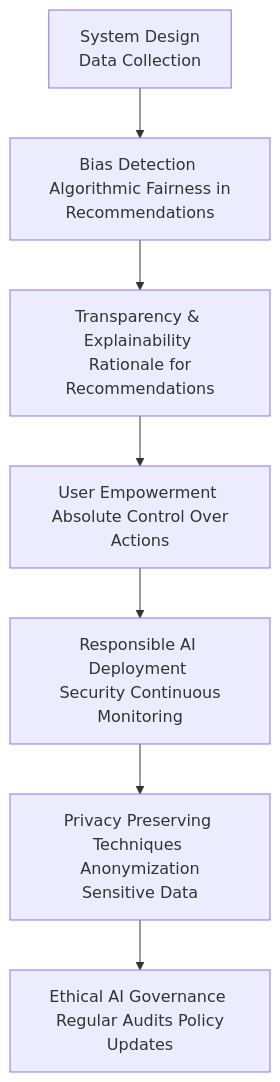
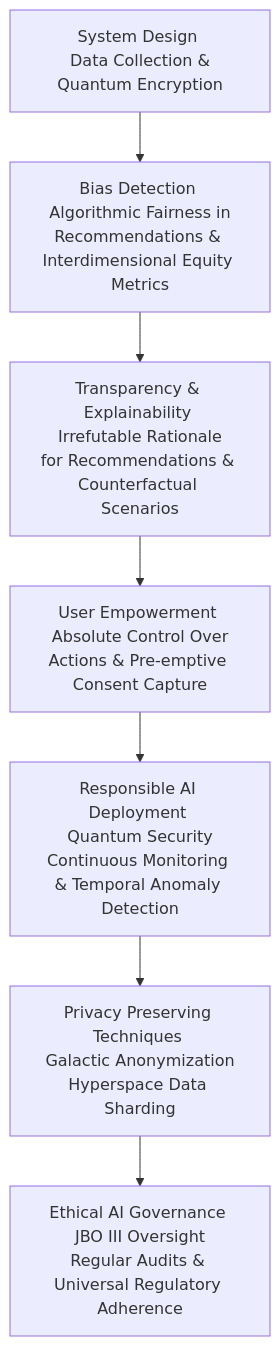
The ninth of 10 diagrams in inventions/inventions/006_ai_subscription_detection/007_ai_subscription_optimization.md (diplomat-bit/Citibank_Demo_Business_Inc_Demonstration-), drawn with Mermaid before and after one commit. The commit also changed other lines of this file, not shown here.

````diff
--- a/inventions/inventions/006_ai_subscription_detection/007_ai_subscription_optimization.md
+++ b/inventions/inventions/006_ai_subscription_detection/007_ai_subscription_optimization.md
@@ -263,9 +280,9 @@
 ```mermaid
 graph TD
-    A[System Design <br/> Data Collection] --> B[Bias Detection <br/> Algorithmic Fairness in Recommendations]
-    B --> C[Transparency & Explainability <br/> Rationale for Recommendations]
-    C --> D[User Empowerment <br/> Absolute Control Over Actions]
-    D --> E[Responsible AI Deployment <br/> Security Continuous Monitoring]
-    E --> F[Privacy Preserving Techniques <br/> Anonymization Sensitive Data]
-    F --> G[Ethical AI Governance <br/> Regular Audits Policy Updates]
+    A[System Design <br/> Data Collection & Quantum Encryption] --> B[Bias Detection <br/> Algorithmic Fairness in Recommendations & Interdimensional Equity Metrics]
+    B --> C[Transparency & Explainability <br/> Irrefutable Rationale for Recommendations & Counterfactual Scenarios]
+    C --> D[User Empowerment <br/> Absolute Control Over Actions & Pre-emptive Consent Capture]
+    D --> E[Responsible AI Deployment <br/> Quantum Security Continuous Monitoring & Temporal Anomaly Detection]
+    E --> F[Privacy Preserving Techniques <br/> Galactic Anonymization Hyperspace Data Sharding]
+    F --> G[Ethical AI Governance <br/> JBO III Oversight Regular Audits & Universal Regulatory Adherence]
 ```
````
